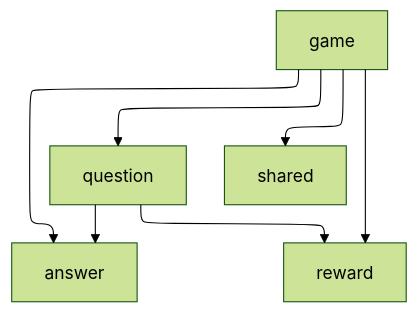
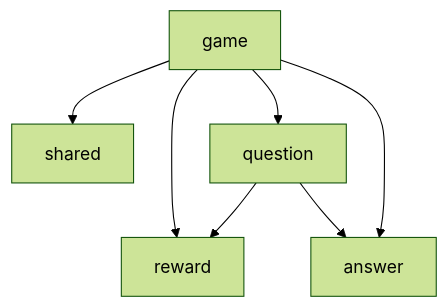
Before and after one commit to edvein-rin/who-wants-to-be-a-millionaire: the diagram in README.md, drawn with Mermaid (forest theme).

Commit message:
docs(README): change existing module dependencies order

````diff
--- a/README.md
+++ b/README.md
@@ -128,9 +128,9 @@
 ```mermaid
----
-config:
-  layout: elk
----
 graph TD;
-    game["game"] --> question["question"] & answer["answer"] & reward["reward"] & shared["shared"]
-    question --> answer & reward
+    game --> shared
+    game --> reward
+    question --> answer
+    game --> answer
+    game --> question
+    question --> reward
 ```
````
